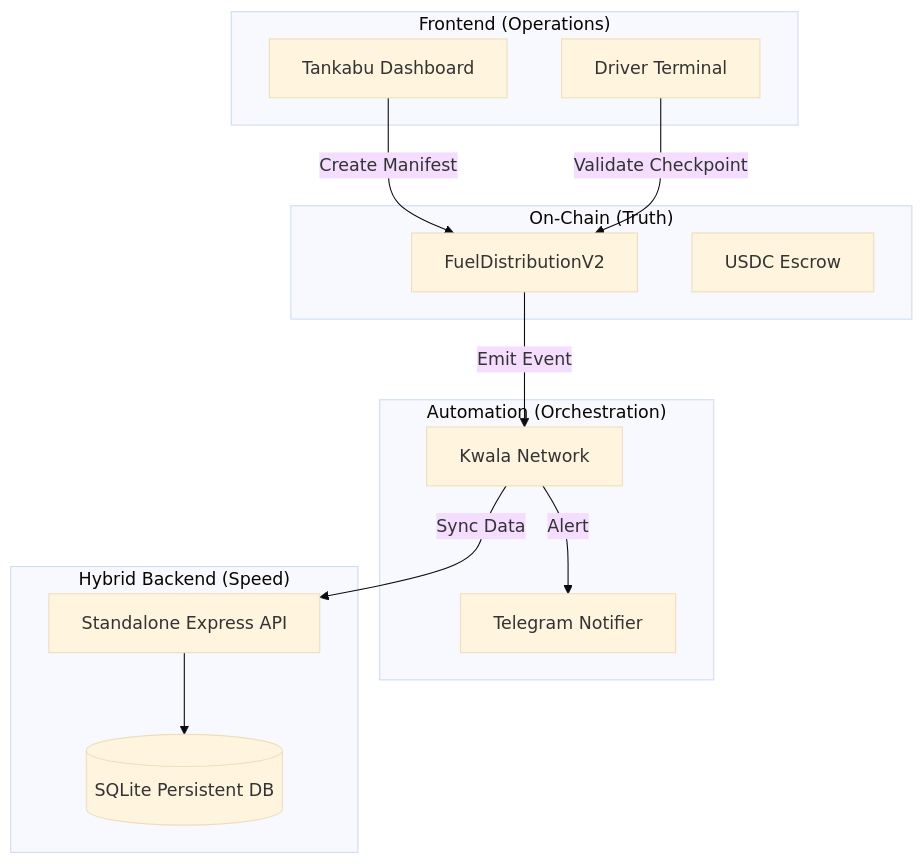
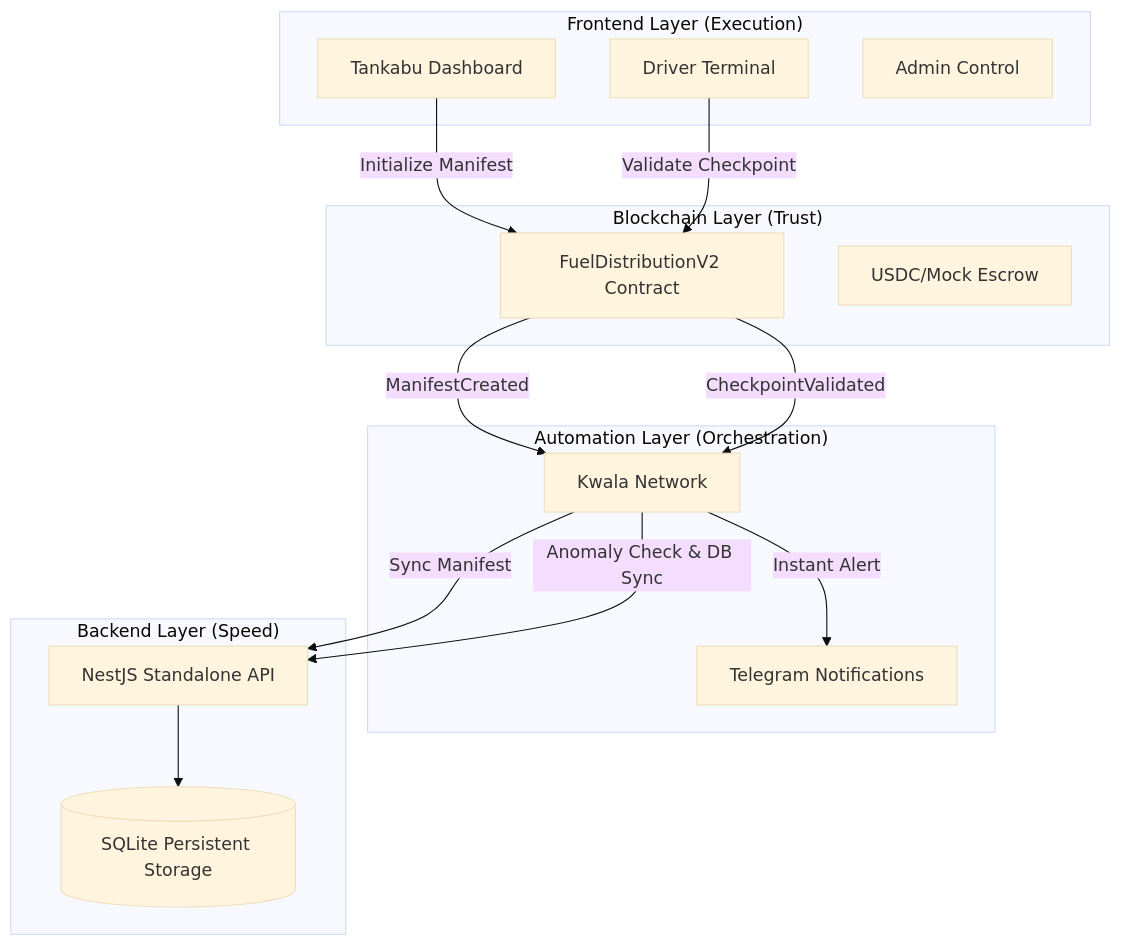
One commit to sethphiny/tankabu-fuel-distribution changed the diagram in README.md. Above: the diagram before and after it, drawn with Mermaid (base theme). The commit also changed other lines of this file and 1 other file, not shown here.

````diff
--- a/README.md
+++ b/README.md
@@ -11,29 +27,33 @@
 ```mermaid
 graph TD
-    subgraph "On-Chain (Truth)"
-        SC[FuelDistributionV2]
-        ERC20[USDC Escrow]
+    subgraph "Blockchain Layer (Trust)"
+        SC[FuelDistributionV2 Contract]
+        ERC20[USDC/Mock Escrow]
     end
 
-    subgraph "Automation (Orchestration)"
+    subgraph "Automation Layer (Orchestration)"
         K[Kwala Network]
-        T[Telegram Notifier]
+        T[Telegram Notifications]
     end
 
-    subgraph "Hybrid Backend (Speed)"
-        API[Standalone Express API]
-        DB[(SQLite Persistent DB)]
+    subgraph "Backend Layer (Speed)"
+        API[NestJS Standalone API]
+        DB[(SQLite Persistent Storage)]
     end
 
-    subgraph "Frontend (Operations)"
+    subgraph "Frontend Layer (Execution)"
         D[Tankabu Dashboard]
         DT[Driver Terminal]
+        AC[Admin Control]
     end
 
-    D -- "Create Manifest" --> SC
-    SC -- "Emit Event" --> K
-    K -- "Sync Data" --> API
+    D -- "Initialize Manifest" --> SC
+    SC -- "ManifestCreated" --> K
+    K -- "Sync Manifest" --> API
     API --> DB
-    K -- "Alert" --> T
+    
     DT -- "Validate Checkpoint" --> SC
+    SC -- "CheckpointValidated" --> K
+    K -- "Anomaly Check & DB Sync" --> API
+    K -- "Instant Alert" --> T
 ```
````
